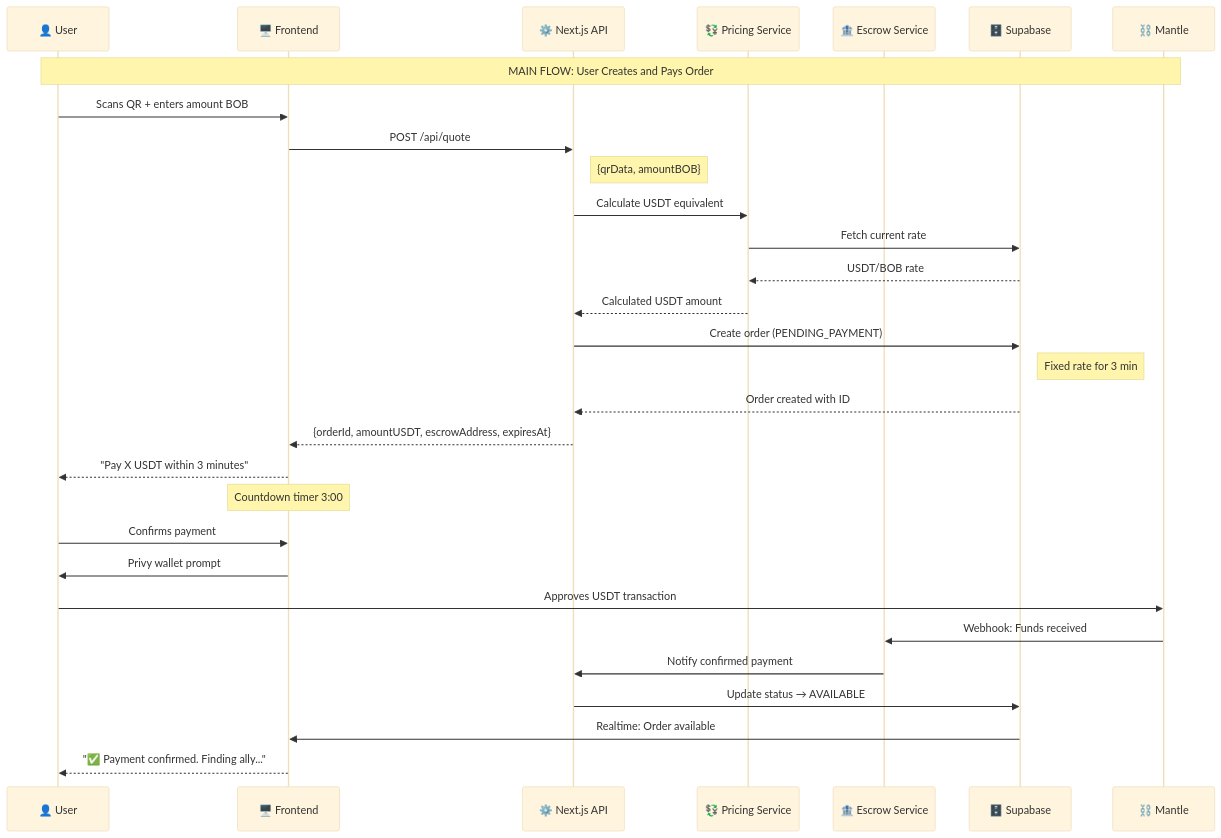
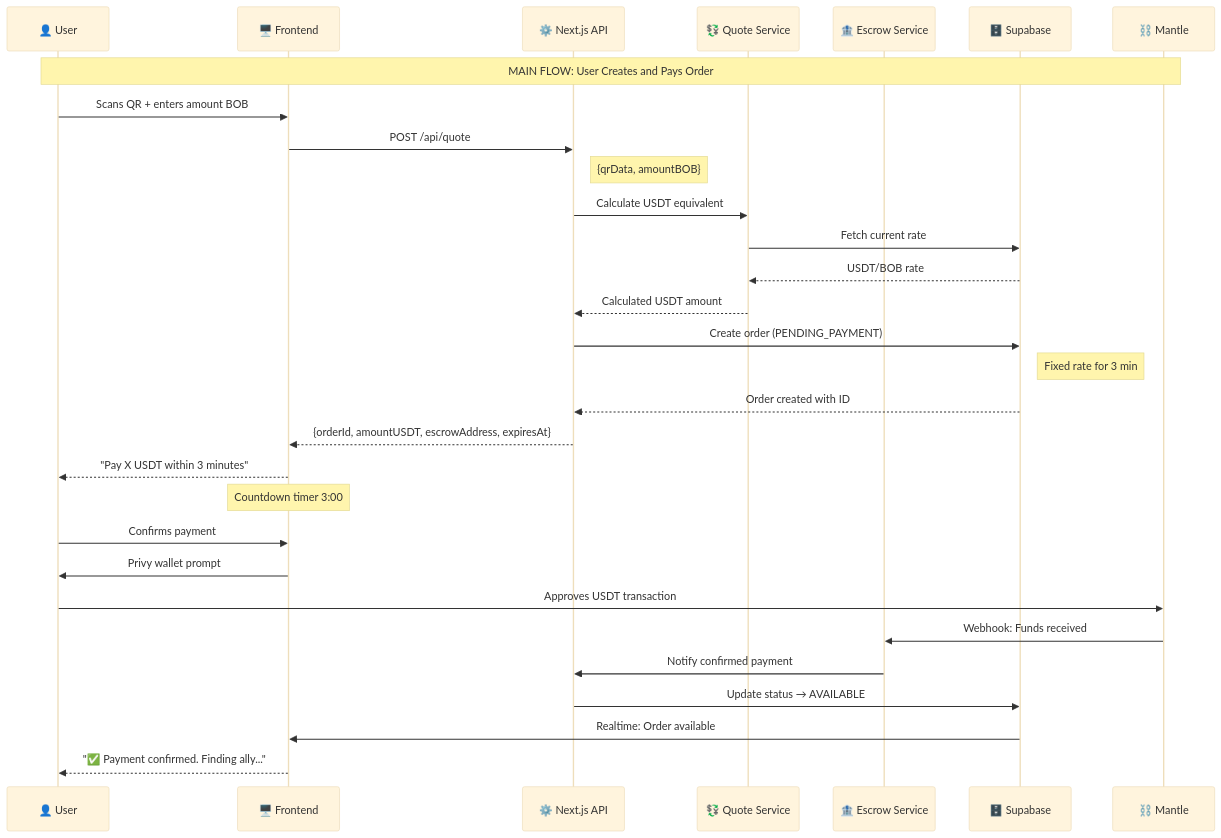
Before and after one commit to kibo-project/Kibo-Wiki: the fourth of 5 diagrams in 01-arquitectura-sistema.md, drawn with Mermaid (base theme). The commit also changed other lines of this file and 6 other files, not shown here.

````diff
--- a/01-arquitectura-sistema.md
+++ b/01-arquitectura-sistema.md
@@ -238,39 +238,39 @@
 ```mermaid
 sequenceDiagram
     participant U as 👤 User
     participant F as 🖥️ Frontend
     participant API as ⚙️ Next.js API
-    participant P as 💱 Pricing Service
+    participant Q as 💱 Quote Service
     participant E as 🏦 Escrow Service
     participant DB as 🗄️ Supabase
     participant BC as ⛓️ Mantle
 
     Note over U,BC: MAIN FLOW: User Creates and Pays Order
 
     U->>F: Scans QR + enters amount BOB
     F->>API: POST /api/quote
     Note right of API: {qrData, amountBOB}
     
-    API->>P: Calculate USDT equivalent
-    P->>DB: Fetch current rate
-    DB-->>P: USDT/BOB rate
-    P-->>API: Calculated USDT amount
+    API->>Q: Calculate USDT equivalent
+    Q->>DB: Fetch current rate
+    DB-->>Q: USDT/BOB rate
+    Q-->>API: Calculated USDT amount
     
     API->>DB: Create order (PENDING_PAYMENT)
     Note right of DB: Fixed rate for 3 min
     DB-->>API: Order created with ID
     
     API-->>F: {orderId, amountUSDT, escrowAddress, expiresAt}
     F-->>U: "Pay X USDT within 3 minutes"
     
     Note over F: Countdown timer 3:00
     U->>F: Confirms payment
     F->>U: Privy wallet prompt
     U->>BC: Approves USDT transaction
     
     BC->>E: Webhook: Funds received
     E->>API: Notify confirmed payment
     API->>DB: Update status → AVAILABLE
     DB->>F: Realtime: Order available
     F-->>U: "✅ Payment confirmed. Finding ally..."
 ```
````
